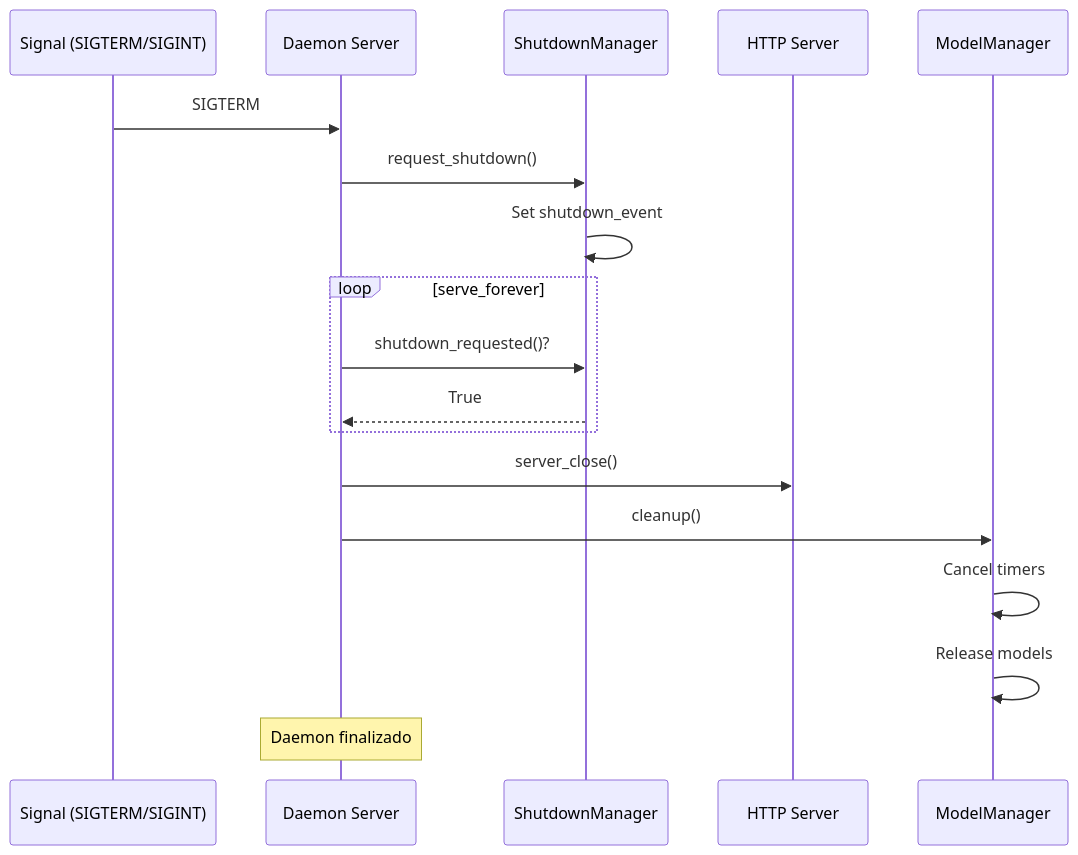
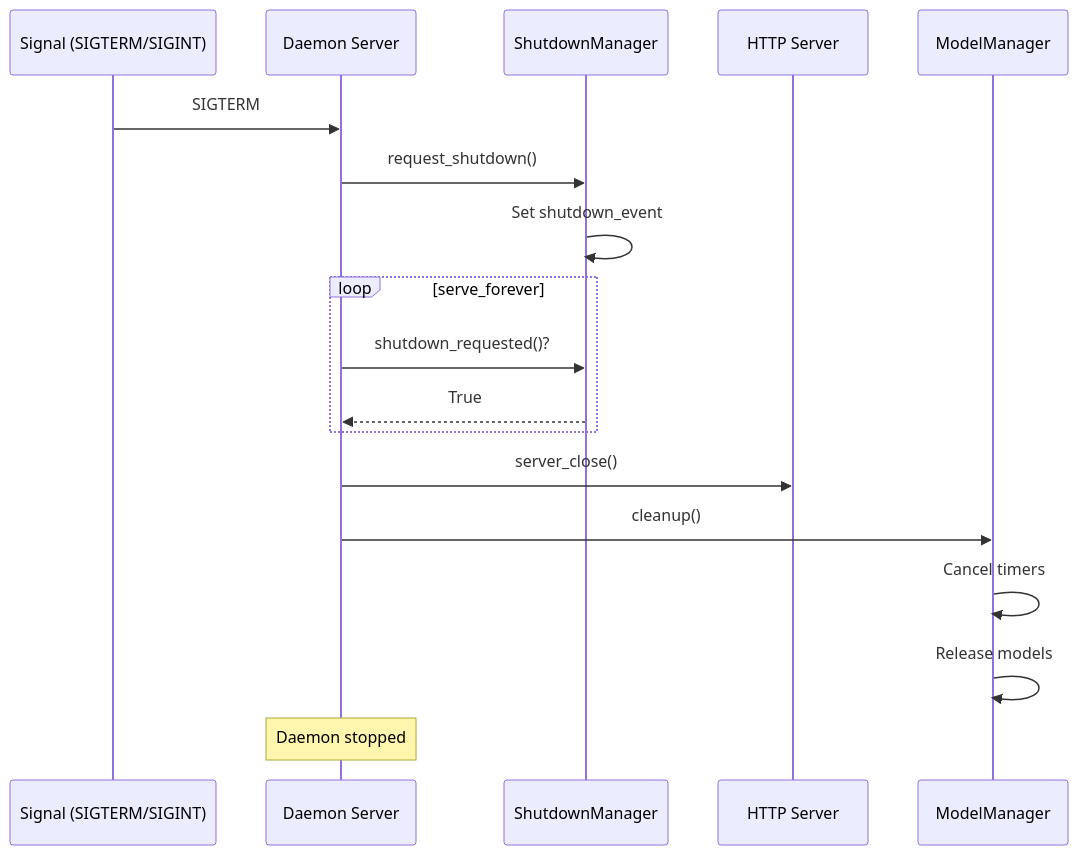
One commit to everton-dgn/vault-search-mcp changed the fifth of 6 diagrams in docs/architecture/diagrams-daemon.md. Above: the diagram before and after it, drawn with Mermaid. The commit also changed other lines of this file and 200 other files, not shown here.

````diff
--- a/docs/architecture/diagrams-daemon.md
+++ b/docs/architecture/diagrams-daemon.md
@@ -133,24 +133,24 @@
 ```mermaid
 sequenceDiagram
     participant SIG as Signal (SIGTERM/SIGINT)
     participant D as Daemon Server
     participant SM as ShutdownManager
     participant HTTP as HTTP Server
     participant MM as ModelManager
 
     SIG->>D: SIGTERM
     D->>SM: request_shutdown()
     SM->>SM: Set shutdown_event
 
     loop serve_forever
         D->>SM: shutdown_requested()?
         SM-->>D: True
     end
 
     D->>HTTP: server_close()
     D->>MM: cleanup()
     MM->>MM: Cancel timers
     MM->>MM: Release models
 
-    Note over D: Daemon finalizado
+    Note over D: Daemon stopped
 ```
````
